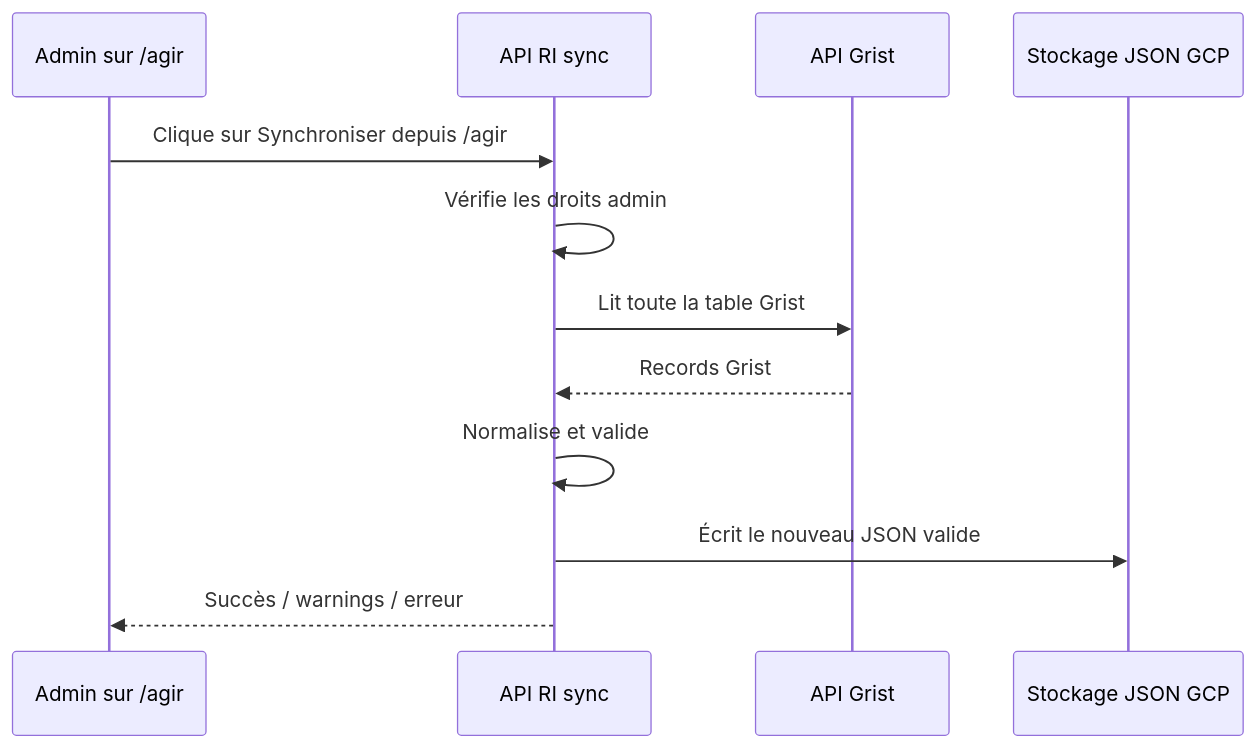
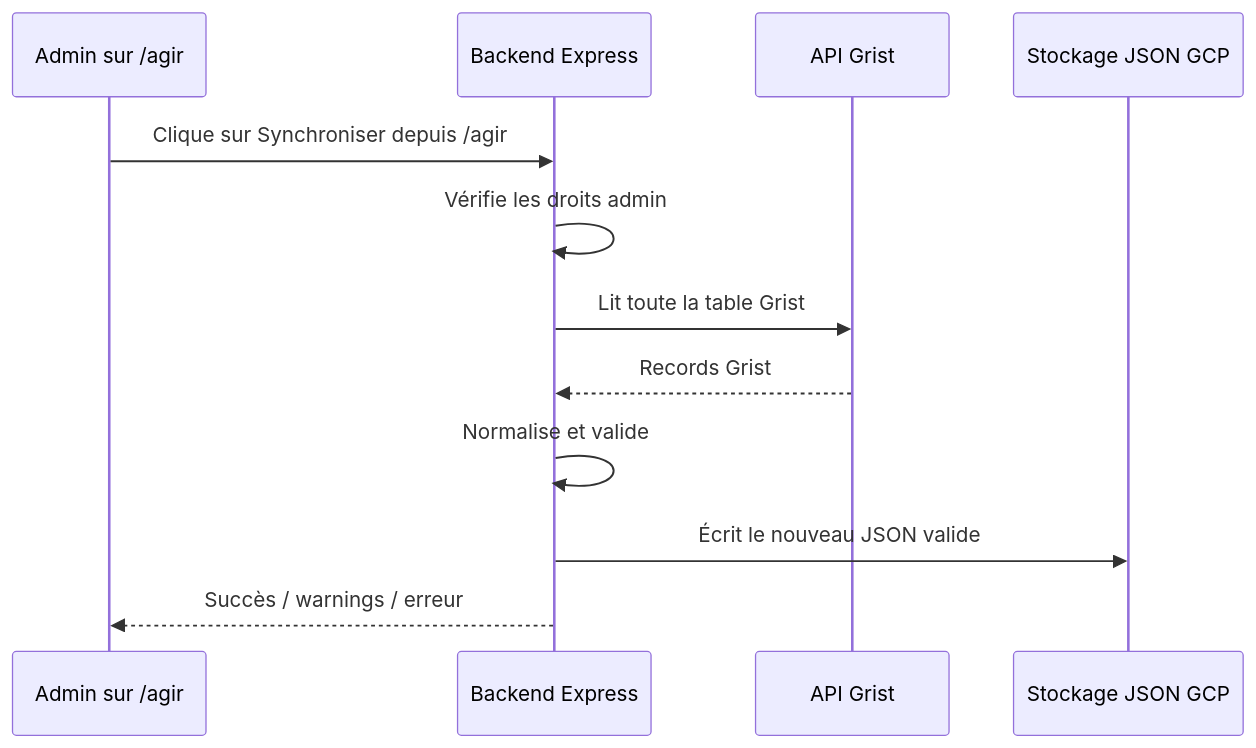
One commit to refugies-info/karfur changed the second of 5 diagrams in documentation/client/agir-grist-sync/technical-plan.md. Above: the diagram before and after it, drawn with Mermaid. The commit also changed other lines of this file and 1 other file, not shown here.

````diff
--- a/documentation/client/agir-grist-sync/technical-plan.md
+++ b/documentation/client/agir-grist-sync/technical-plan.md
@@ -79,15 +84,15 @@
 ```mermaid
 sequenceDiagram
   participant Admin as Admin sur /agir
-  participant API as API RI sync
+  participant API as Backend Express
   participant Grist as API Grist
   participant GCP as Stockage JSON GCP
 
   Admin->>API: Clique sur Synchroniser depuis /agir
   API->>API: Vérifie les droits admin
   API->>Grist: Lit toute la table Grist
   Grist-->>API: Records Grist
   API->>API: Normalise et valide
   API->>GCP: Écrit le nouveau JSON valide
   API-->>Admin: Succès / warnings / erreur
 ```
````
